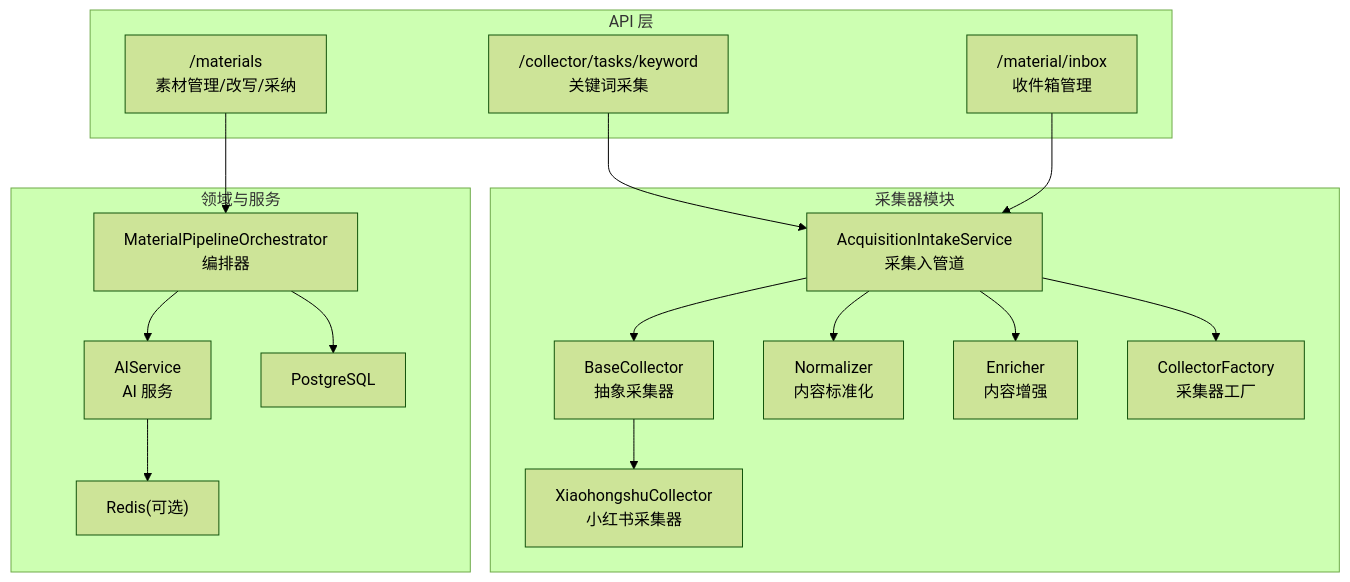
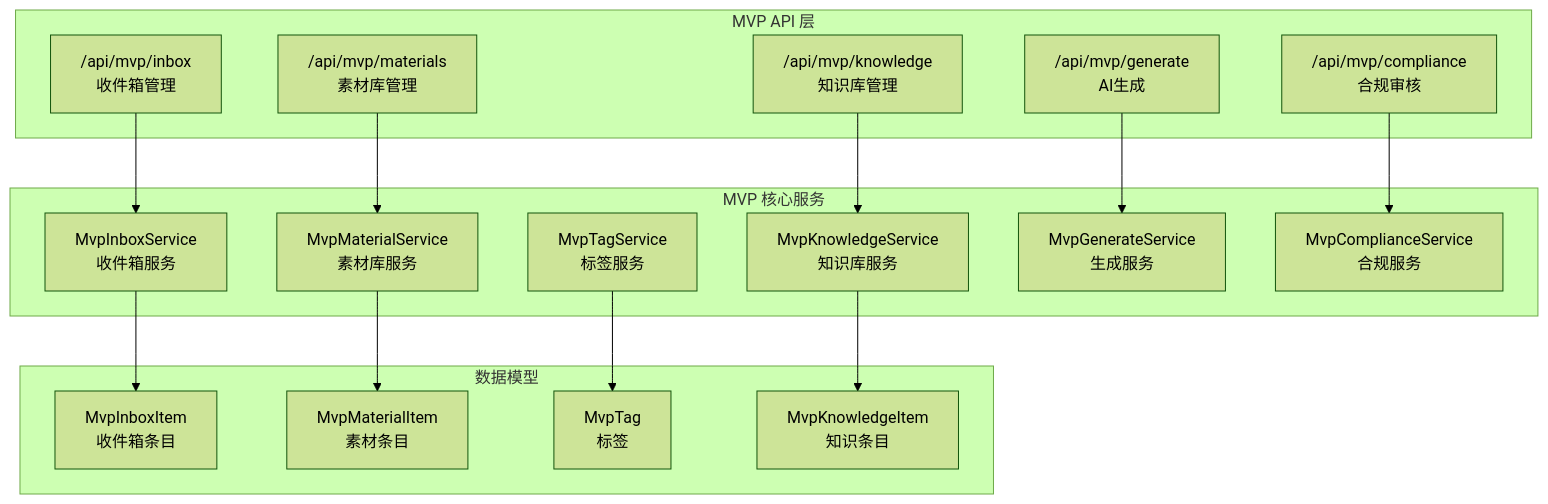
Before and after one commit to dream-ze/AI_huoke-: the first of 6 diagrams in .qoder/repowiki/zh/content/内容采集系统/内容采集系统.md, drawn with Mermaid (forest theme). The commit also changed other lines of this file and 25 other files, not shown here.

````diff
--- a/.qoder/repowiki/zh/content/内容采集系统/内容采集系统.md
+++ b/.qoder/repowiki/zh/content/内容采集系统/内容采集系统.md
@@ -59,33 +65,33 @@
 ```mermaid
 graph TB
-subgraph "API 层"
-V1C["/collector/tasks/keyword<br/>关键词采集"]
-V1I["/material/inbox<br/>收件箱管理"]
-V2M["/materials<br/>素材管理/改写/采纳"]
+subgraph "MVP API 层"
+MVP_INBOX["/api/mvp/inbox<br/>收件箱管理"]
+MVP_MATERIAL["/api/mvp/materials<br/>素材库管理"]
+MVP_KNOWLEDGE["/api/mvp/knowledge<br/>知识库管理"]
+MVP_AI["/api/mvp/generate<br/>AI生成"]
+MVP_COMPLIANCE["/api/mvp/compliance<br/>合规审核"]
 end
-subgraph "采集器模块"
-AC["AcquisitionIntakeService<br/>采集入管道"]
-BC["BaseCollector<br/>抽象采集器"]
-XC["XiaohongshuCollector<br/>小红书采集器"]
-NF["Normalizer<br/>内容标准化"]
-EN["Enricher<br/>内容增强"]
-FC["CollectorFactory<br/>采集器工厂"]
+subgraph "MVP 核心服务"
+MIS["MvpInboxService<br/>收件箱服务"]
+MMS["MvpMaterialService<br/>素材库服务"]
+MTS["MvpTagService<br/>标签服务"]
+MKS["MvpKnowledgeService<br/>知识库服务"]
+MGS["MvpGenerateService<br/>生成服务"]
+MCS["MvpComplianceService<br/>合规服务"]
 end
-subgraph "领域与服务"
-MPO["MaterialPipelineOrchestrator<br/>编排器"]
-AI["AIService<br/>AI 服务"]
-DB["PostgreSQL"]
-REDIS["Redis(可选)"]
+subgraph "数据模型"
+MII["MvpInboxItem<br/>收件箱条目"]
+MMI["MvpMaterialItem<br/>素材条目"]
+MT["MvpTag<br/>标签"]
+MKI["MvpKnowledgeItem<br/>知识条目"]
 end
-V1C --> AC
-V1I --> AC
-V2M --> MPO
-AC --> BC
-BC --> XC
-AC --> NF
-AC --> EN
-AC --> FC
-MPO --> AI
-MPO --> DB
-AI --> REDIS
+MVP_INBOX --> MIS
+MVP_MATERIAL --> MMS
+MVP_KNOWLEDGE --> MKS
+MVP_AI --> MGS
+MVP_COMPLIANCE --> MCS
+MIS --> MII
+MMS --> MMI
+MTS --> MT
+MKS --> MKI
 ```
````
